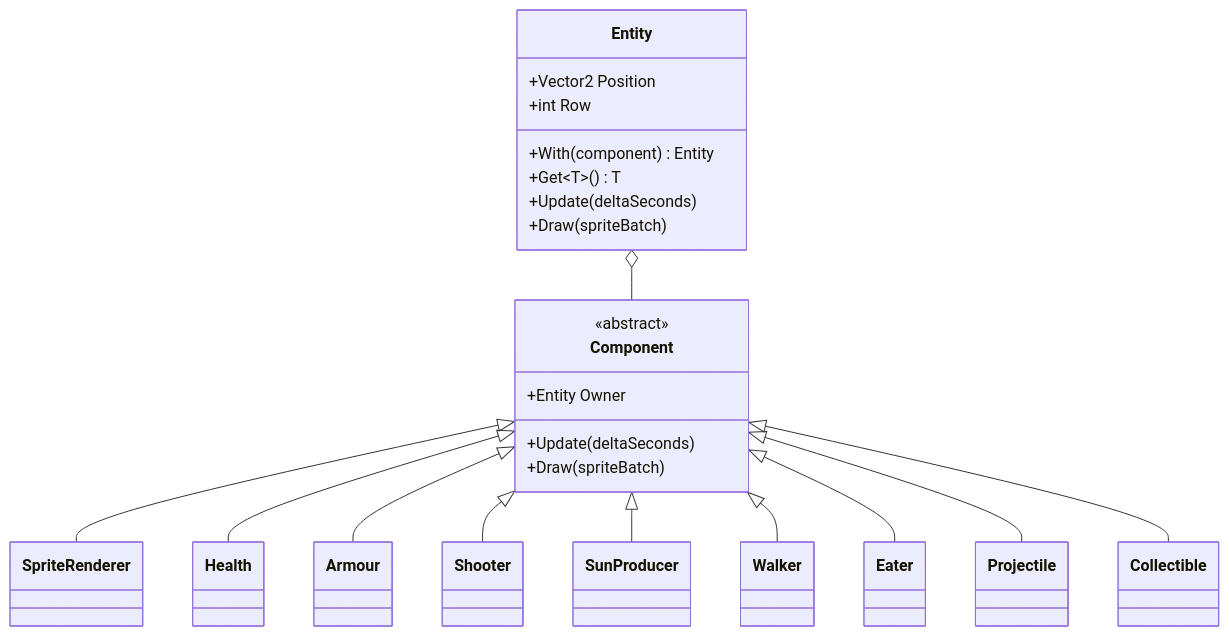
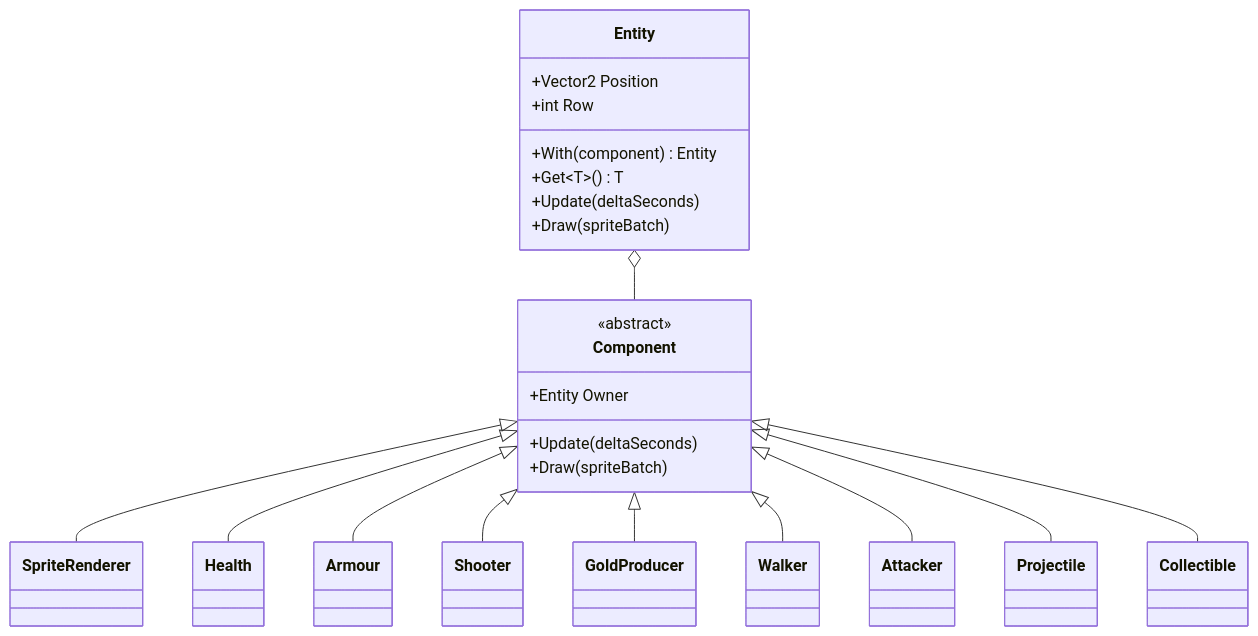
Before and after one commit to Metamate/gar: the second of 2 diagrams in src/content/docs/sessions/09-plants-vs-zombies.md, drawn with Mermaid. The commit also changed other lines of this file and 8 other files, not shown here.

````diff
--- a/src/content/docs/sessions/09-plants-vs-zombies.md
+++ b/src/content/docs/sessions/09-plants-vs-zombies.md
@@ -164,27 +165,27 @@
 ```mermaid
 classDiagram
     class Entity {
         +Vector2 Position
         +int Row
         +With(component) Entity
         +Get~T~() T
         +Update(deltaSeconds)
         +Draw(spriteBatch)
     }
     class Component {
         <<abstract>>
         +Entity Owner
         +Update(deltaSeconds)
         +Draw(spriteBatch)
     }
     Entity o-- Component
     Component <|-- SpriteRenderer
     Component <|-- Health
     Component <|-- Armour
     Component <|-- Shooter
-    Component <|-- SunProducer
+    Component <|-- GoldProducer
     Component <|-- Walker
-    Component <|-- Eater
+    Component <|-- Attacker
     Component <|-- Projectile
     Component <|-- Collectible
 ```
````
